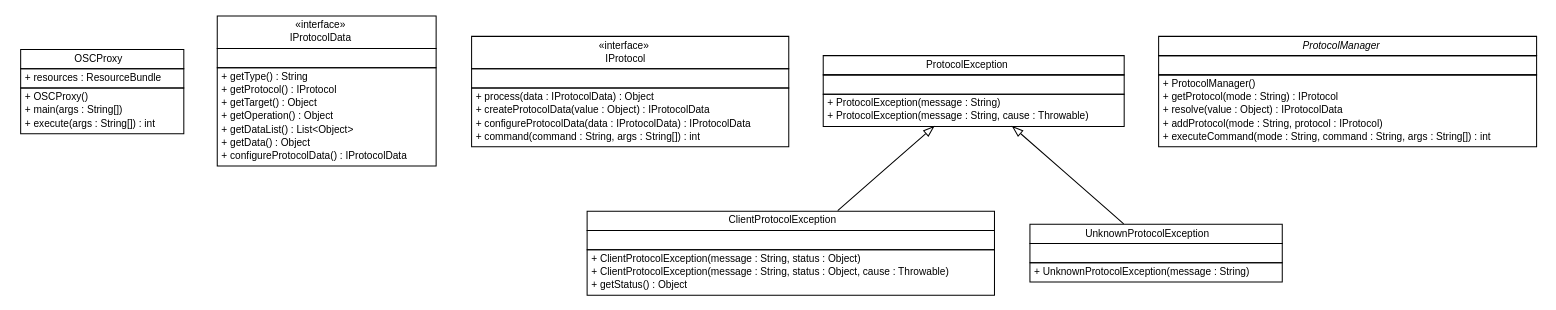
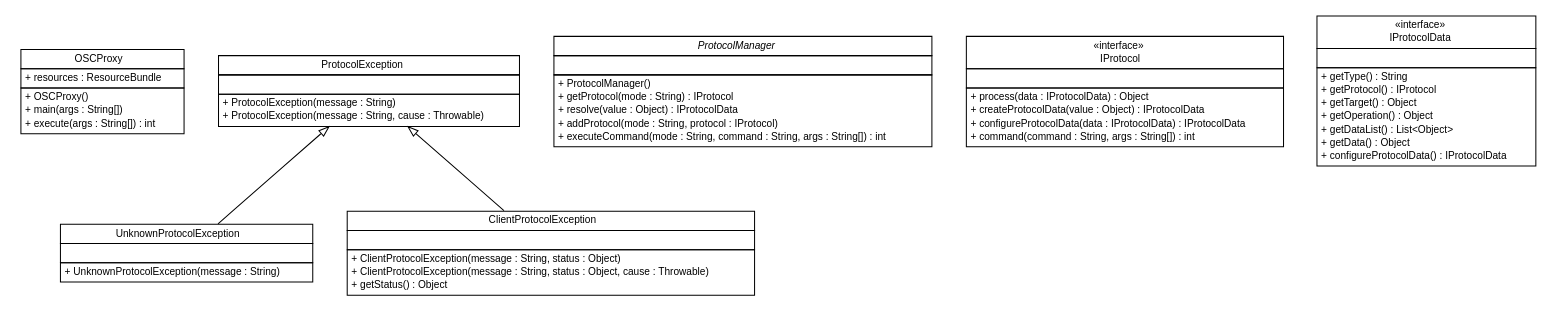
The diagram in apidocs/com/xley/lfosc/com.xley.lfosc.dot (pcross616/lf-osc-proxy), drawn with Graphviz before and after one commit. The commit also changed 340 other files, not shown here.

```diff
--- a/apidocs/com/xley/lfosc/com.xley.lfosc.dot
+++ b/apidocs/com/xley/lfosc/com.xley.lfosc.dot
@@ -1,120 +1,120 @@
 #!/usr/local/bin/dot
 #
 # Class diagram 
 # Generated by UMLGraph version R5_6 (http://www.umlgraph.org/)
 #
 
 digraph G {
 	edge [fontname="Helvetica",fontsize=10,labelfontname="Helvetica",labelfontsize=10];
 	node [fontname="Helvetica",fontsize=10,shape=plaintext];
 	nodesep=0.25;
 	ranksep=0.5;
 	// com.xley.lfosc.OSCProxy
-	c0 [label=<<table title="com.xley.lfosc.OSCProxy" border="0" cellborder="1" cellspacing="0" cellpadding="2" port="p" href="./OSCProxy.html">
+	c209 [label=<<table title="com.xley.lfosc.OSCProxy" border="0" cellborder="1" cellspacing="0" cellpadding="2" port="p" href="./OSCProxy.html">
 		<tr><td><table border="0" cellspacing="0" cellpadding="1">
 <tr><td align="center" balign="center"> OSCProxy </td></tr>
 		</table></td></tr>
 		<tr><td><table border="0" cellspacing="0" cellpadding="1">
 <tr><td align="left" balign="left"> + resources : ResourceBundle </td></tr>
 		</table></td></tr>
 		<tr><td><table border="0" cellspacing="0" cellpadding="1">
 <tr><td align="left" balign="left"> + OSCProxy() </td></tr>
 <tr><td align="left" balign="left"> + main(args : String[]) </td></tr>
 <tr><td align="left" balign="left"> + execute(args : String[]) : int </td></tr>
 		</table></td></tr>
 		</table>>, URL="./OSCProxy.html", fontname="Helvetica", fontcolor="black", fontsize=10.0];
+	// com.xley.lfosc.UnknownProtocolException
+	c210 [label=<<table title="com.xley.lfosc.UnknownProtocolException" border="0" cellborder="1" cellspacing="0" cellpadding="2" port="p" href="./UnknownProtocolException.html">
+		<tr><td><table border="0" cellspacing="0" cellpadding="1">
+<tr><td align="center" balign="center"> UnknownProtocolException </td></tr>
+		</table></td></tr>
+		<tr><td><table border="0" cellspacing="0" cellpadding="1">
+<tr><td align="left" balign="left">  </td></tr>
+		</table></td></tr>
+		<tr><td><table border="0" cellspacing="0" cellpadding="1">
+<tr><td align="left" balign="left"> + UnknownProtocolException(message : String) </td></tr>
+		</table></td></tr>
+		</table>>, URL="./UnknownProtocolException.html", fontname="Helvetica", fontcolor="black", fontsize=10.0];
+	// com.xley.lfosc.ClientProtocolException
+	c211 [label=<<table title="com.xley.lfosc.ClientProtocolException" border="0" cellborder="1" cellspacing="0" cellpadding="2" port="p" href="./ClientProtocolException.html">
+		<tr><td><table border="0" cellspacing="0" cellpadding="1">
+<tr><td align="center" balign="center"> ClientProtocolException </td></tr>
+		</table></td></tr>
+		<tr><td><table border="0" cellspacing="0" cellpadding="1">
+<tr><td align="left" balign="left">  </td></tr>
+		</table></td></tr>
+		<tr><td><table border="0" cellspacing="0" cellpadding="1">
+<tr><td align="left" balign="left"> + ClientProtocolException(message : String, status : Object) </td></tr>
+<tr><td align="left" balign="left"> + ClientProtocolException(message : String, status : Object, cause : Throwable) </td></tr>
+<tr><td align="left" balign="left"> + getStatus() : Object </td></tr>
+		</table></td></tr>
+		</table>>, URL="./ClientProtocolException.html", fontname="Helvetica", fontcolor="black", fontsize=10.0];
+	// com.xley.lfosc.ProtocolManager
+	c212 [label=<<table title="com.xley.lfosc.ProtocolManager" border="0" cellborder="1" cellspacing="0" cellpadding="2" port="p" href="./ProtocolManager.html">
+		<tr><td><table border="0" cellspacing="0" cellpadding="1">
+<tr><td align="center" balign="center"><font face="Helvetica-Oblique"> ProtocolManager </font></td></tr>
+		</table></td></tr>
+		<tr><td><table border="0" cellspacing="0" cellpadding="1">
+<tr><td align="left" balign="left">  </td></tr>
+		</table></td></tr>
+		<tr><td><table border="0" cellspacing="0" cellpadding="1">
+<tr><td align="left" balign="left"> + ProtocolManager() </td></tr>
+<tr><td align="left" balign="left"> + getProtocol(mode : String) : IProtocol </td></tr>
+<tr><td align="left" balign="left"> + resolve(value : Object) : IProtocolData </td></tr>
+<tr><td align="left" balign="left"> + addProtocol(mode : String, protocol : IProtocol) </td></tr>
+<tr><td align="left" balign="left"> + executeCommand(mode : String, command : String, args : String[]) : int </td></tr>
+		</table></td></tr>
+		</table>>, URL="./ProtocolManager.html", fontname="Helvetica", fontcolor="black", fontsize=10.0];
+	// com.xley.lfosc.ProtocolException
+	c213 [label=<<table title="com.xley.lfosc.ProtocolException" border="0" cellborder="1" cellspacing="0" cellpadding="2" port="p" href="./ProtocolException.html">
+		<tr><td><table border="0" cellspacing="0" cellpadding="1">
+<tr><td align="center" balign="center"> ProtocolException </td></tr>
+		</table></td></tr>
+		<tr><td><table border="0" cellspacing="0" cellpadding="1">
+<tr><td align="left" balign="left">  </td></tr>
+		</table></td></tr>
+		<tr><td><table border="0" cellspacing="0" cellpadding="1">
+<tr><td align="left" balign="left"> + ProtocolException(message : String) </td></tr>
+<tr><td align="left" balign="left"> + ProtocolException(message : String, cause : Throwable) </td></tr>
+		</table></td></tr>
+		</table>>, URL="./ProtocolException.html", fontname="Helvetica", fontcolor="black", fontsize=10.0];
+	// com.xley.lfosc.IProtocol
+	c214 [label=<<table title="com.xley.lfosc.IProtocol" border="0" cellborder="1" cellspacing="0" cellpadding="2" port="p" href="./IProtocol.html">
+		<tr><td><table border="0" cellspacing="0" cellpadding="1">
+<tr><td align="center" balign="center"> &#171;interface&#187; </td></tr>
+<tr><td align="center" balign="center"> IProtocol </td></tr>
+		</table></td></tr>
+		<tr><td><table border="0" cellspacing="0" cellpadding="1">
+<tr><td align="left" balign="left">  </td></tr>
+		</table></td></tr>
+		<tr><td><table border="0" cellspacing="0" cellpadding="1">
+<tr><td align="left" balign="left"> + process(data : IProtocolData) : Object </td></tr>
+<tr><td align="left" balign="left"> + createProtocolData(value : Object) : IProtocolData </td></tr>
+<tr><td align="left" balign="left"> + configureProtocolData(data : IProtocolData) : IProtocolData </td></tr>
+<tr><td align="left" balign="left"> + command(command : String, args : String[]) : int </td></tr>
+		</table></td></tr>
+		</table>>, URL="./IProtocol.html", fontname="Helvetica", fontcolor="black", fontsize=10.0];
 	// com.xley.lfosc.IProtocolData
-	c1 [label=<<table title="com.xley.lfosc.IProtocolData" border="0" cellborder="1" cellspacing="0" cellpadding="2" port="p" href="./IProtocolData.html">
+	c215 [label=<<table title="com.xley.lfosc.IProtocolData" border="0" cellborder="1" cellspacing="0" cellpadding="2" port="p" href="./IProtocolData.html">
 		<tr><td><table border="0" cellspacing="0" cellpadding="1">
 <tr><td align="center" balign="center"> &#171;interface&#187; </td></tr>
 <tr><td align="center" balign="center"> IProtocolData </td></tr>
 		</table></td></tr>
 		<tr><td><table border="0" cellspacing="0" cellpadding="1">
 <tr><td align="left" balign="left">  </td></tr>
 		</table></td></tr>
 		<tr><td><table border="0" cellspacing="0" cellpadding="1">
 <tr><td align="left" balign="left"> + getType() : String </td></tr>
 <tr><td align="left" balign="left"> + getProtocol() : IProtocol </td></tr>
 <tr><td align="left" balign="left"> + getTarget() : Object </td></tr>
 <tr><td align="left" balign="left"> + getOperation() : Object </td></tr>
 <tr><td align="left" balign="left"> + getDataList() : List&lt;Object&gt; </td></tr>
 <tr><td align="left" balign="left"> + getData() : Object </td></tr>
 <tr><td align="left" balign="left"> + configureProtocolData() : IProtocolData </td></tr>
 		</table></td></tr>
 		</table>>, URL="./IProtocolData.html", fontname="Helvetica", fontcolor="black", fontsize=10.0];
-	// com.xley.lfosc.IProtocol
-	c2 [label=<<table title="com.xley.lfosc.IProtocol" border="0" cellborder="1" cellspacing="0" cellpadding="2" port="p" href="./IProtocol.html">
-		<tr><td><table border="0" cellspacing="0" cellpadding="1">
-<tr><td align="center" balign="center"> &#171;interface&#187; </td></tr>
-<tr><td align="center" balign="center"> IProtocol </td></tr>
-		</table></td></tr>
-		<tr><td><table border="0" cellspacing="0" cellpadding="1">
-<tr><td align="left" balign="left">  </td></tr>
-		</table></td></tr>
-		<tr><td><table border="0" cellspacing="0" cellpadding="1">
-<tr><td align="left" balign="left"> + process(data : IProtocolData) : Object </td></tr>
-<tr><td align="left" balign="left"> + createProtocolData(value : Object) : IProtocolData </td></tr>
-<tr><td align="left" balign="left"> + configureProtocolData(data : IProtocolData) : IProtocolData </td></tr>
-<tr><td align="left" balign="left"> + command(command : String, args : String[]) : int </td></tr>
-		</table></td></tr>
-		</table>>, URL="./IProtocol.html", fontname="Helvetica", fontcolor="black", fontsize=10.0];
-	// com.xley.lfosc.ProtocolException
-	c3 [label=<<table title="com.xley.lfosc.ProtocolException" border="0" cellborder="1" cellspacing="0" cellpadding="2" port="p" href="./ProtocolException.html">
-		<tr><td><table border="0" cellspacing="0" cellpadding="1">
-<tr><td align="center" balign="center"> ProtocolException </td></tr>
-		</table></td></tr>
-		<tr><td><table border="0" cellspacing="0" cellpadding="1">
-<tr><td align="left" balign="left">  </td></tr>
-		</table></td></tr>
-		<tr><td><table border="0" cellspacing="0" cellpadding="1">
-<tr><td align="left" balign="left"> + ProtocolException(message : String) </td></tr>
-<tr><td align="left" balign="left"> + ProtocolException(message : String, cause : Throwable) </td></tr>
-		</table></td></tr>
-		</table>>, URL="./ProtocolException.html", fontname="Helvetica", fontcolor="black", fontsize=10.0];
-	// com.xley.lfosc.ProtocolManager
-	c4 [label=<<table title="com.xley.lfosc.ProtocolManager" border="0" cellborder="1" cellspacing="0" cellpadding="2" port="p" href="./ProtocolManager.html">
-		<tr><td><table border="0" cellspacing="0" cellpadding="1">
-<tr><td align="center" balign="center"><font face="Helvetica-Oblique"> ProtocolManager </font></td></tr>
-		</table></td></tr>
-		<tr><td><table border="0" cellspacing="0" cellpadding="1">
-<tr><td align="left" balign="left">  </td></tr>
-		</table></td></tr>
-		<tr><td><table border="0" cellspacing="0" cellpadding="1">
-<tr><td align="left" balign="left"> + ProtocolManager() </td></tr>
-<tr><td align="left" balign="left"> + getProtocol(mode : String) : IProtocol </td></tr>
-<tr><td align="left" balign="left"> + resolve(value : Object) : IProtocolData </td></tr>
-<tr><td align="left" balign="left"> + addProtocol(mode : String, protocol : IProtocol) </td></tr>
-<tr><td align="left" balign="left"> + executeCommand(mode : String, command : String, args : String[]) : int </td></tr>
-		</table></td></tr>
-		</table>>, URL="./ProtocolManager.html", fontname="Helvetica", fontcolor="black", fontsize=10.0];
-	// com.xley.lfosc.ClientProtocolException
-	c5 [label=<<table title="com.xley.lfosc.ClientProtocolException" border="0" cellborder="1" cellspacing="0" cellpadding="2" port="p" href="./ClientProtocolException.html">
-		<tr><td><table border="0" cellspacing="0" cellpadding="1">
-<tr><td align="center" balign="center"> ClientProtocolException </td></tr>
-		</table></td></tr>
-		<tr><td><table border="0" cellspacing="0" cellpadding="1">
-<tr><td align="left" balign="left">  </td></tr>
-		</table></td></tr>
-		<tr><td><table border="0" cellspacing="0" cellpadding="1">
-<tr><td align="left" balign="left"> + ClientProtocolException(message : String, status : Object) </td></tr>
-<tr><td align="left" balign="left"> + ClientProtocolException(message : String, status : Object, cause : Throwable) </td></tr>
-<tr><td align="left" balign="left"> + getStatus() : Object </td></tr>
-		</table></td></tr>
-		</table>>, URL="./ClientProtocolException.html", fontname="Helvetica", fontcolor="black", fontsize=10.0];
-	// com.xley.lfosc.UnknownProtocolException
-	c6 [label=<<table title="com.xley.lfosc.UnknownProtocolException" border="0" cellborder="1" cellspacing="0" cellpadding="2" port="p" href="./UnknownProtocolException.html">
-		<tr><td><table border="0" cellspacing="0" cellpadding="1">
-<tr><td align="center" balign="center"> UnknownProtocolException </td></tr>
-		</table></td></tr>
-		<tr><td><table border="0" cellspacing="0" cellpadding="1">
-<tr><td align="left" balign="left">  </td></tr>
-		</table></td></tr>
-		<tr><td><table border="0" cellspacing="0" cellpadding="1">
-<tr><td align="left" balign="left"> + UnknownProtocolException(message : String) </td></tr>
-		</table></td></tr>
-		</table>>, URL="./UnknownProtocolException.html", fontname="Helvetica", fontcolor="black", fontsize=10.0];
+	//com.xley.lfosc.UnknownProtocolException extends com.xley.lfosc.ProtocolException
+	c213:p -> c210:p [dir=back,arrowtail=empty];
 	//com.xley.lfosc.ClientProtocolException extends com.xley.lfosc.ProtocolException
-	c3:p -> c5:p [dir=back,arrowtail=empty];
-	//com.xley.lfosc.UnknownProtocolException extends com.xley.lfosc.ProtocolException
-	c3:p -> c6:p [dir=back,arrowtail=empty];
+	c213:p -> c211:p [dir=back,arrowtail=empty];
 }
```
